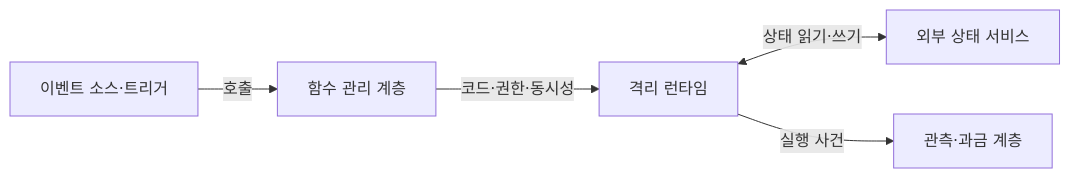
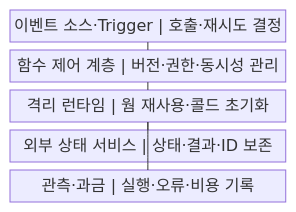
The first of 2 diagrams in src/content/docs/notes/03-software/159_serverless_faas.md (agnusdei1207/knowledge-base), drawn with Mermaid before and after one commit. The commit also changed other lines of this file and 20 other files, not shown here.

````diff
--- a/src/content/docs/notes/03-software/159_serverless_faas.md
+++ b/src/content/docs/notes/03-software/159_serverless_faas.md
@@ -59,7 +55,13 @@
 ```mermaid
-flowchart LR
-    E["이벤트 소스·트리거"] -->|"호출"| M["함수 관리 계층"]
-    M -->|"코드·권한·동시성"| R["격리 런타임"]
-    R <-->|"상태 읽기·쓰기"| S["외부 상태 서비스"]
-    R -->|"실행 사건"| O["관측·과금 계층"]
+block
+    columns 1
+    A["이벤트 소스·Trigger | 호출·재시도 결정"]
+    B["함수 제어 계층 | 버전·권한·동시성 관리"]
+    C["격리 런타임 | 웜 재사용·콜드 초기화"]
+    D["외부 상태 서비스 | 상태·결과·ID 보존"]
+    E["관측·과금 | 실행·오류·비용 기록"]
+    A --- B
+    B --- C
+    C --- D
+    C --- E
 ```
````
